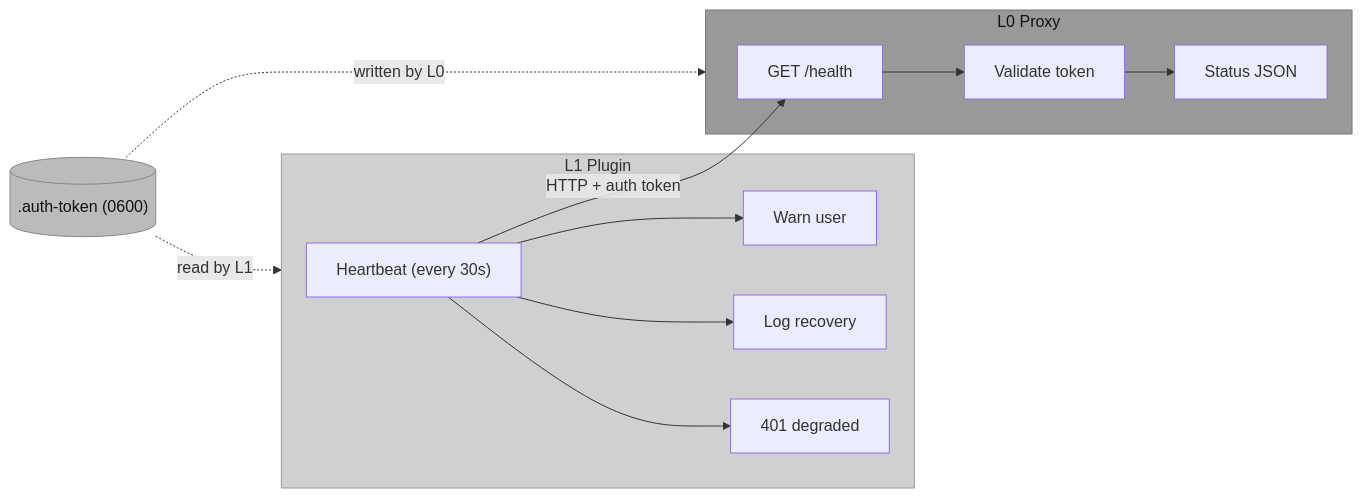
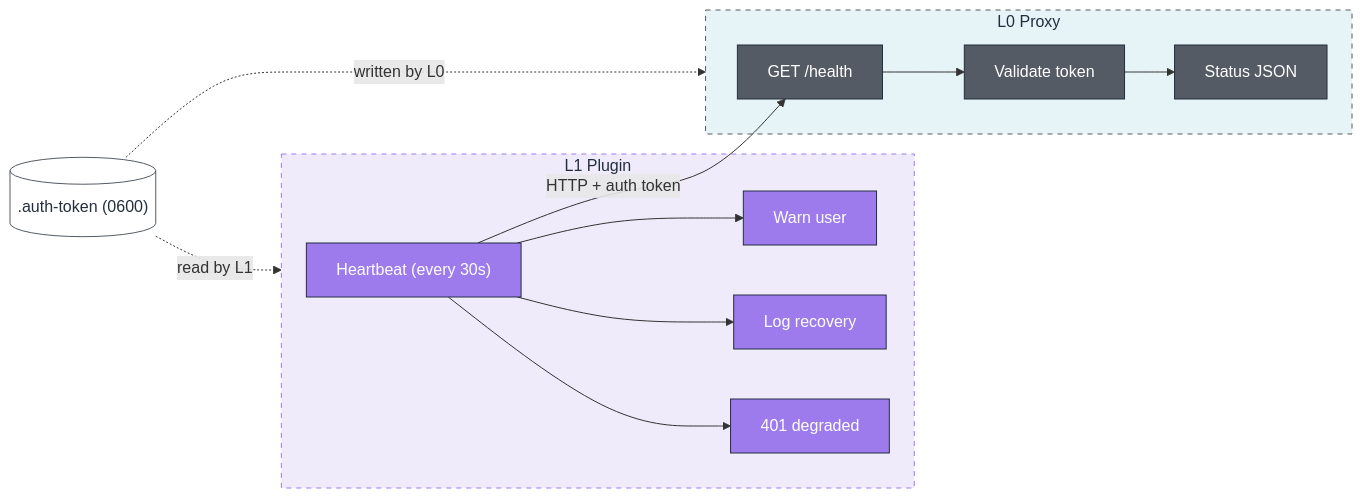
The tenth of 14 diagrams in ARCHITECTURE.md (OpenObscure/OpenObscure), drawn with Mermaid before and after one commit. The commit also changed other lines of this file and 3 other files, not shown here.

First line of the commit message:
Apply consistent color palette across all mermaid diagrams

````diff
--- a/ARCHITECTURE.md
+++ b/ARCHITECTURE.md
@@ -501,26 +510,33 @@
 ```mermaid
 flowchart LR
     subgraph l1side ["L1 Plugin"]
         hb["Heartbeat (every 30s)"]
         hb --> down["Warn user"]
         hb --> back["Log recovery"]
         hb --> auth_fail["401 degraded"]
     end
 
     subgraph l0side ["L0 Proxy"]
         endpoint["GET /health"]
         auth_check["Validate token"]
         response["Status JSON"]
         endpoint --> auth_check --> response
     end
 
     token[(".auth-token (0600)")]
 
     hb -- "HTTP + auth token" --> endpoint
     token -. "written by L0" .-> l0side
     token -. "read by L1" .-> l1side
 
-    style l0side fill:#999,stroke:#777,color:#111
-    style l1side fill:#d0d0d0,stroke:#999,color:#333
-    style token fill:#bbb,stroke:#888,color:#111
+    style l0side fill:#e6f3f7,stroke:#545b64,stroke-dasharray: 5 5,color:#232F3E
+    style l1side fill:#f0ebfa,stroke:#9D7BED,stroke-dasharray: 5 5,color:#232F3E
+    style hb fill:#9D7BED,stroke:#232F3E,color:#fff
+    style down fill:#9D7BED,stroke:#232F3E,color:#fff
+    style back fill:#9D7BED,stroke:#232F3E,color:#fff
+    style auth_fail fill:#9D7BED,stroke:#232F3E,color:#fff
+    style endpoint fill:#545b64,stroke:#232F3E,color:#fff
+    style auth_check fill:#545b64,stroke:#232F3E,color:#fff
+    style response fill:#545b64,stroke:#232F3E,color:#fff
+    style token fill:#fff,stroke:#545b64,color:#232F3E
 ```
````
